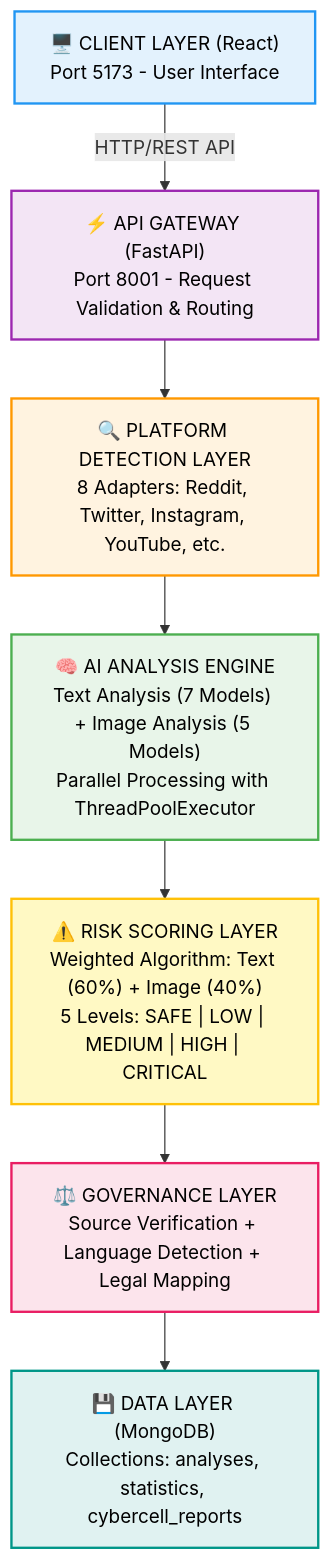
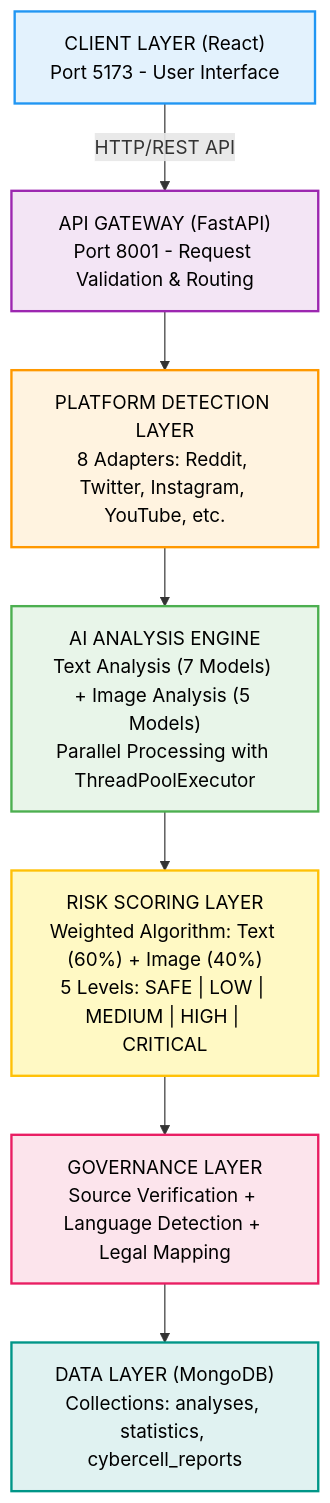
One commit to KamelSayed/SATYA-DRISHTI changed the first of 5 diagrams in README.md. Above: the diagram before and after it, drawn with Mermaid. The commit also changed other lines of this file, not shown here.

````diff
--- a/README.md
+++ b/README.md
@@ -273,17 +264,17 @@
 ```mermaid
 graph TD
-    A["🖥️ CLIENT LAYER (React)<br/>Port 5173 - User Interface"] -->|HTTP/REST API| B["⚡ API GATEWAY (FastAPI)<br/>Port 8001 - Request Validation & Routing"]
-    B --> C["🔍 PLATFORM DETECTION LAYER<br/>8 Adapters: Reddit, Twitter, Instagram, YouTube, etc."]
-    C --> D["🧠 AI ANALYSIS ENGINE<br/>Text Analysis (7 Models) + Image Analysis (5 Models)<br/>Parallel Processing with ThreadPoolExecutor"]
-    D --> E["⚠️ RISK SCORING LAYER<br/>Weighted Algorithm: Text (60%) + Image (40%)<br/>5 Levels: SAFE | LOW | MEDIUM | HIGH | CRITICAL"]
-    E --> F["⚖️ GOVERNANCE LAYER<br/>Source Verification + Language Detection + Legal Mapping"]
-    F --> G["💾 DATA LAYER (MongoDB)<br/>Collections: analyses, statistics, cybercell_reports"]
+    A[" CLIENT LAYER (React)<br/>Port 5173 - User Interface"] -->|HTTP/REST API| B[" API GATEWAY (FastAPI)<br/>Port 8001 - Request Validation & Routing"]
+    B --> C[" PLATFORM DETECTION LAYER<br/>8 Adapters: Reddit, Twitter, Instagram, YouTube, etc."]
+    C --> D[" AI ANALYSIS ENGINE<br/>Text Analysis (7 Models) + Image Analysis (5 Models)<br/>Parallel Processing with ThreadPoolExecutor"]
+    D --> E[" RISK SCORING LAYER<br/>Weighted Algorithm: Text (60%) + Image (40%)<br/>5 Levels: SAFE | LOW | MEDIUM | HIGH | CRITICAL"]
+    E --> F[" GOVERNANCE LAYER<br/>Source Verification + Language Detection + Legal Mapping"]
+    F --> G[" DATA LAYER (MongoDB)<br/>Collections: analyses, statistics, cybercell_reports"]
     
     style A fill:#E3F2FD,stroke:#2196F3,stroke-width:2px,color:#000
     style B fill:#F3E5F5,stroke:#9C27B0,stroke-width:2px,color:#000
     style C fill:#FFF3E0,stroke:#FF9800,stroke-width:2px,color:#000
     style D fill:#E8F5E9,stroke:#4CAF50,stroke-width:2px,color:#000
     style E fill:#FFF9C4,stroke:#FFC107,stroke-width:2px,color:#000
     style F fill:#FCE4EC,stroke:#E91E63,stroke-width:2px,color:#000
     style G fill:#E0F2F1,stroke:#009688,stroke-width:2px,color:#000
 ```
````
